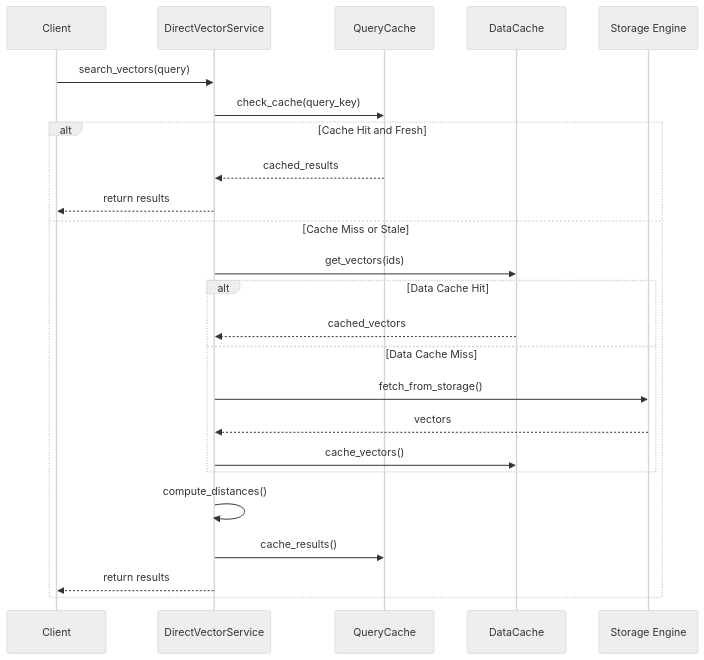
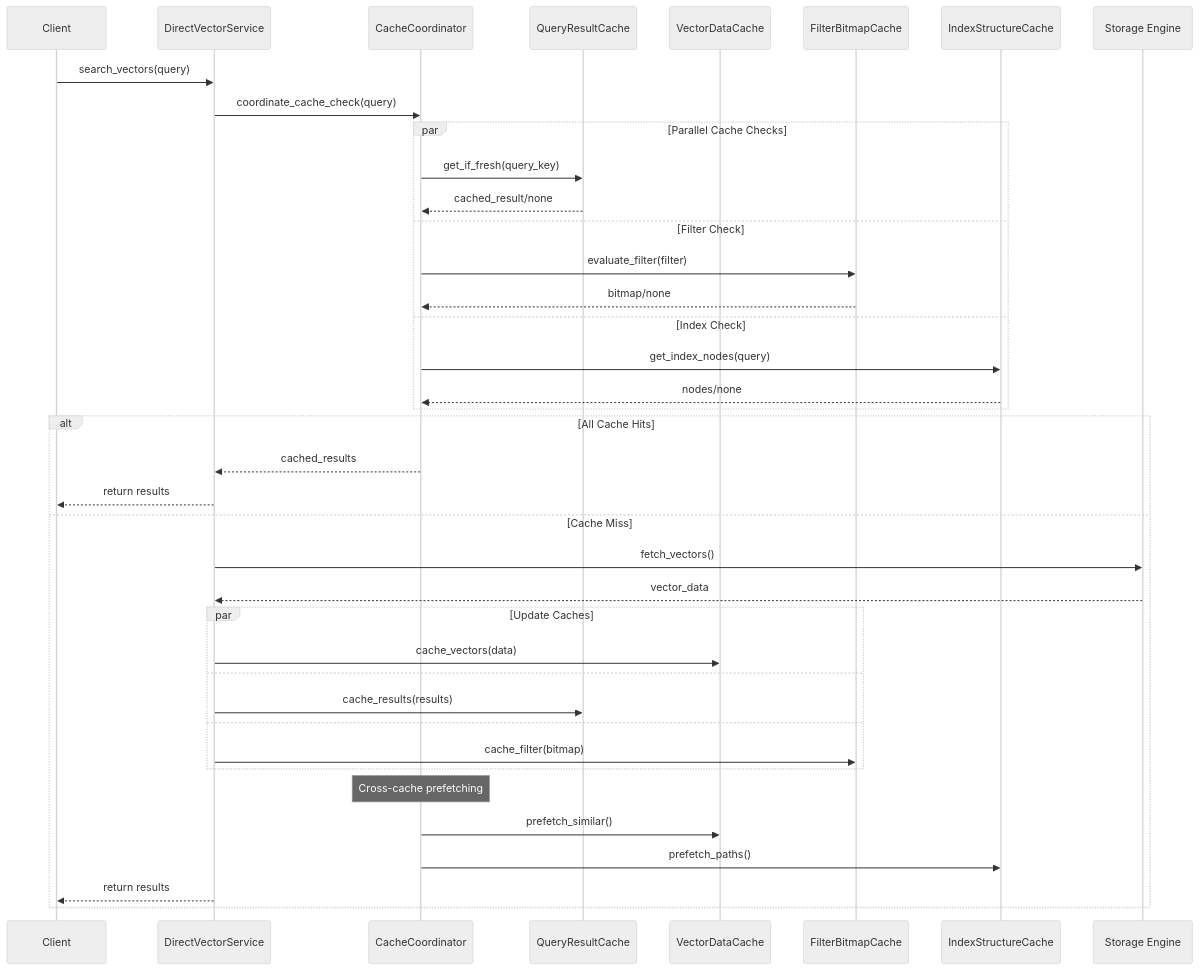
One commit to vjsingh1984/proximaDB changed the diagram in docs/enhancements/diagrams/cache-integration-flow.mmd. Above: the diagram before and after it, drawn with Mermaid (neutral theme). The commit also changed 41 other files, not shown here.

First line of the commit message:
feat: implement specialized cache architecture with shared infrastructure

```diff
--- a/docs/enhancements/diagrams/cache-integration-flow.mmd
+++ b/docs/enhancements/diagrams/cache-integration-flow.mmd
@@ -1,26 +1,45 @@
 sequenceDiagram
     participant C as Client
     participant DVS as DirectVectorService
-    participant QC as QueryCache
-    participant DC as DataCache
+    participant CC as CacheCoordinator
+    participant QRC as QueryResultCache
+    participant VDC as VectorDataCache
+    participant FBC as FilterBitmapCache
+    participant ISC as IndexStructureCache
     participant SE as Storage Engine
+
+    C->>DVS: search_vectors(query)
+    DVS->>CC: coordinate_cache_check(query)
     
-    C->>DVS: search_vectors(query)
-    DVS->>QC: check_cache(query_key)
+    par Parallel Cache Checks
+        CC->>QRC: get_if_fresh(query_key)
+        QRC-->>CC: cached_result/none
+    and Filter Check
+        CC->>FBC: evaluate_filter(filter)
+        FBC-->>CC: bitmap/none
+    and Index Check
+        CC->>ISC: get_index_nodes(query)
+        ISC-->>CC: nodes/none
+    end
     
-    alt Cache Hit and Fresh
-        QC-->>DVS: cached_results
+    alt All Cache Hits
+        CC-->>DVS: cached_results
         DVS-->>C: return results
-    else Cache Miss or Stale
-        DVS->>DC: get_vectors(ids)
-        alt Data Cache Hit
-            DC-->>DVS: cached_vectors
-        else Data Cache Miss
-            DVS->>SE: fetch_from_storage()
-            SE-->>DVS: vectors
-            DVS->>DC: cache_vectors()
+    else Cache Miss
+        DVS->>SE: fetch_vectors()
+        SE-->>DVS: vector_data
+        
+        par Update Caches
+            DVS->>VDC: cache_vectors(data)
+            and
+            DVS->>QRC: cache_results(results)
+            and
+            DVS->>FBC: cache_filter(bitmap)
         end
-        DVS->>DVS: compute_distances()
-        DVS->>QC: cache_results()
+        
+        Note over CC: Cross-cache prefetching
+        CC->>VDC: prefetch_similar()
+        CC->>ISC: prefetch_paths()
+        
         DVS-->>C: return results
     end
```
